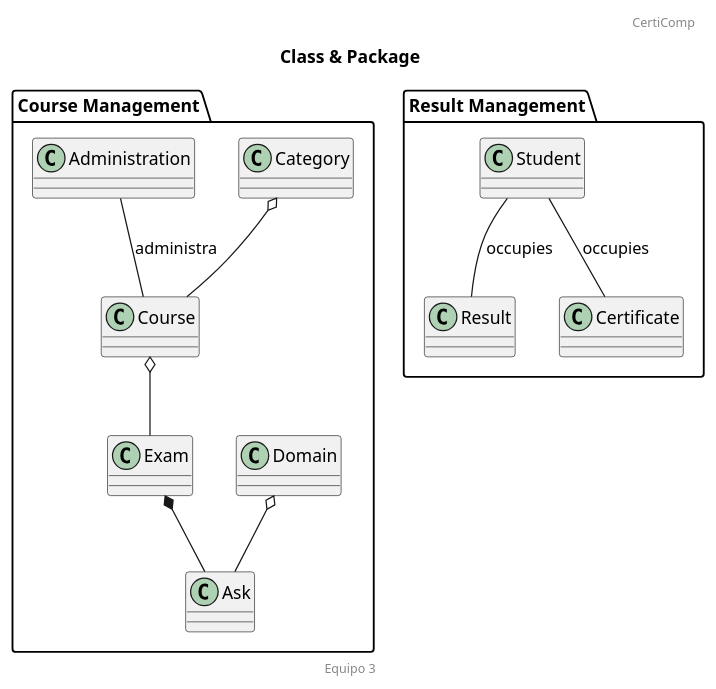
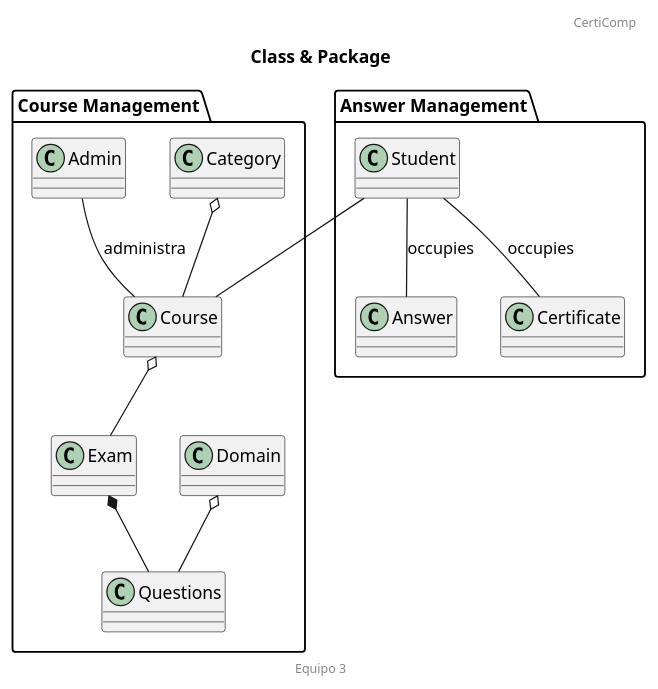
One commit to febres35/EdTech_IS changed the diagram in docs/scenariosView/Analisis/arquitecto de software/clasesObvias.plantuml. Above: the diagram before and after it, drawn with PlantUML. The commit also changed 1 other file, not shown here.

Commit message:
sincronización package

```diff
--- a/docs/scenariosView/Analisis/arquitecto de software/clasesObvias.plantuml
+++ b/docs/scenariosView/Analisis/arquitecto de software/clasesObvias.plantuml
@@ -1,43 +1,43 @@
 @startuml "Clases Obvias"
 
 title Class & Package
 header CertiComp
 footer Equipo 3
 
 /'
 class "Controller\nCourse" as cCourse
 class "Controller\nExam" as CExam
 'ask : pregunta
 class "Controller\nAsk " as cAsk
 
 interface "Interface\ncourse" as iCourse
 '/
 
 package "Course Management" {
     class Course
     class Exam
-    class Ask
+    class Questions
     class Domain
     class Category
-    class "Administration" as ad
+    class "Admin" as ad
 
     Course o-- Exam
-    Exam *-- Ask
-    Domain o-- Ask
+    Exam *-- Questions
+    Domain o-- Questions
     Category o-- Course
     ad -- Course: administra
 }
 
-package "Result Management" {
-    class Result
+package "Answer Management" {
+    class Answer
     class Certificate
     class Student
 
-    Student -- Result: occupies 
+    Student -- Answer: occupies 
     Student -- Certificate: occupies
 }
 
-
+Student -- Course
 
 
 @enduml
```
